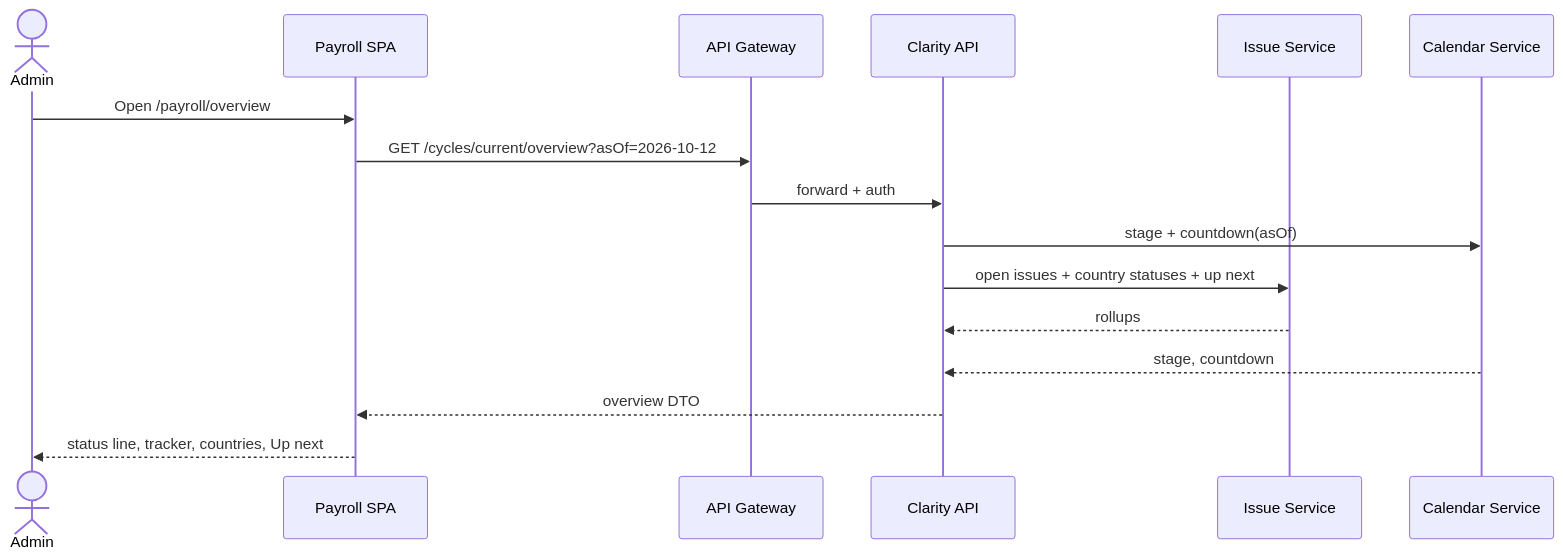
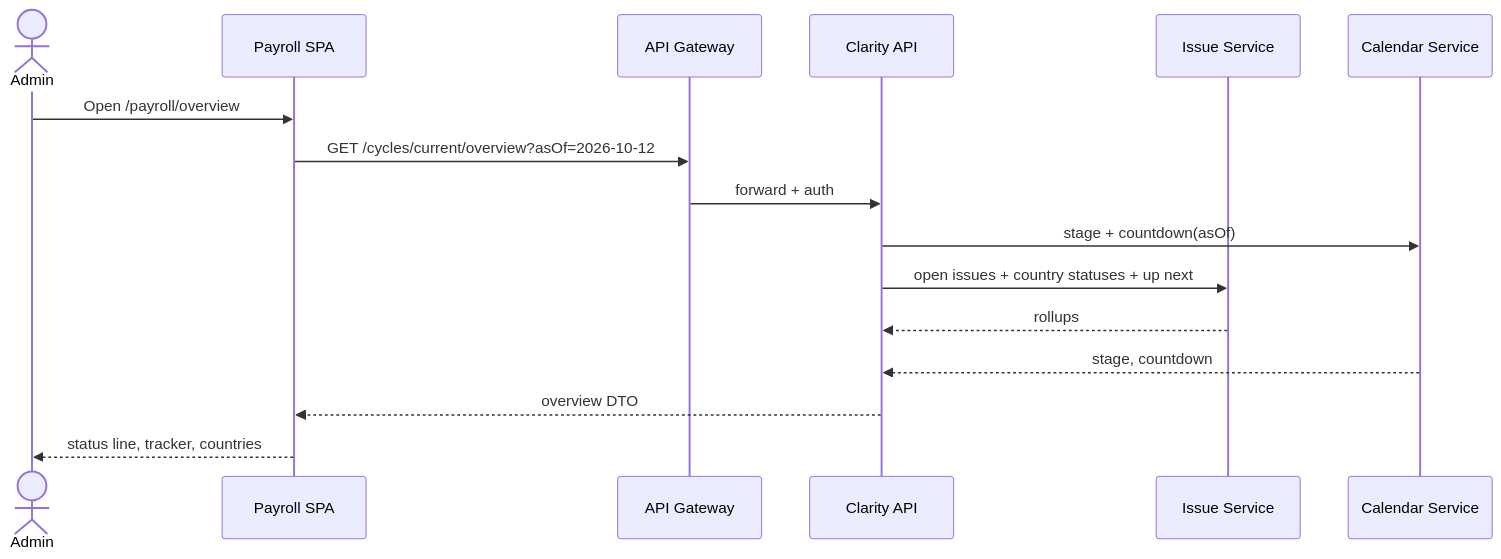
Before and after one commit to Charu1806/MultiplierPayrollHRPortal: the fourth of 10 diagrams in architecture.md, drawn with Mermaid. The commit also changed other lines of this file and 39 other files, not shown here.

````diff
--- a/architecture.md
+++ b/architecture.md
@@ -264,19 +264,19 @@
 ```mermaid
 sequenceDiagram
     actor Admin
     participant UI as Payroll SPA
     participant GW as API Gateway
     participant API as Clarity API
     participant Issue as Issue Service
     participant Cal as Calendar Service
 
     Admin->>UI: Open /payroll/overview
     UI->>GW: GET /cycles/current/overview?asOf=2026-10-12
     GW->>API: forward + auth
     API->>Cal: stage + countdown(asOf)
     API->>Issue: open issues + country statuses + up next
     Issue-->>API: rollups
     Cal-->>API: stage, countdown
     API-->>UI: overview DTO
-    UI-->>Admin: status line, tracker, countries, Up next
+    UI-->>Admin: status line, tracker, countries
 ```
````
